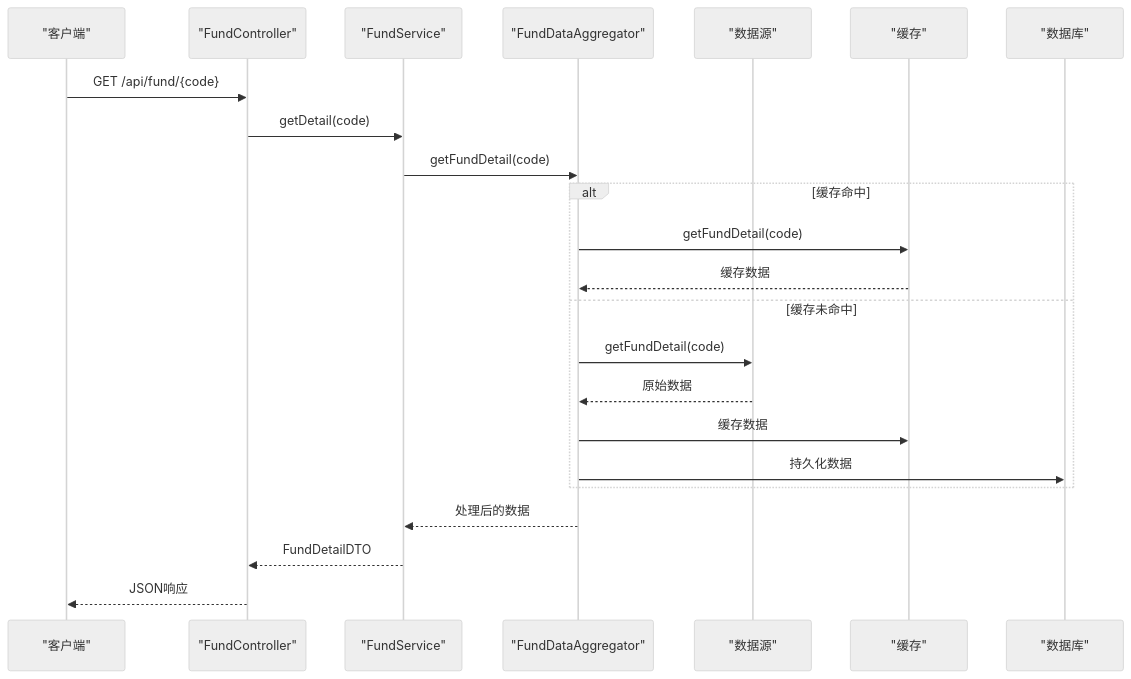
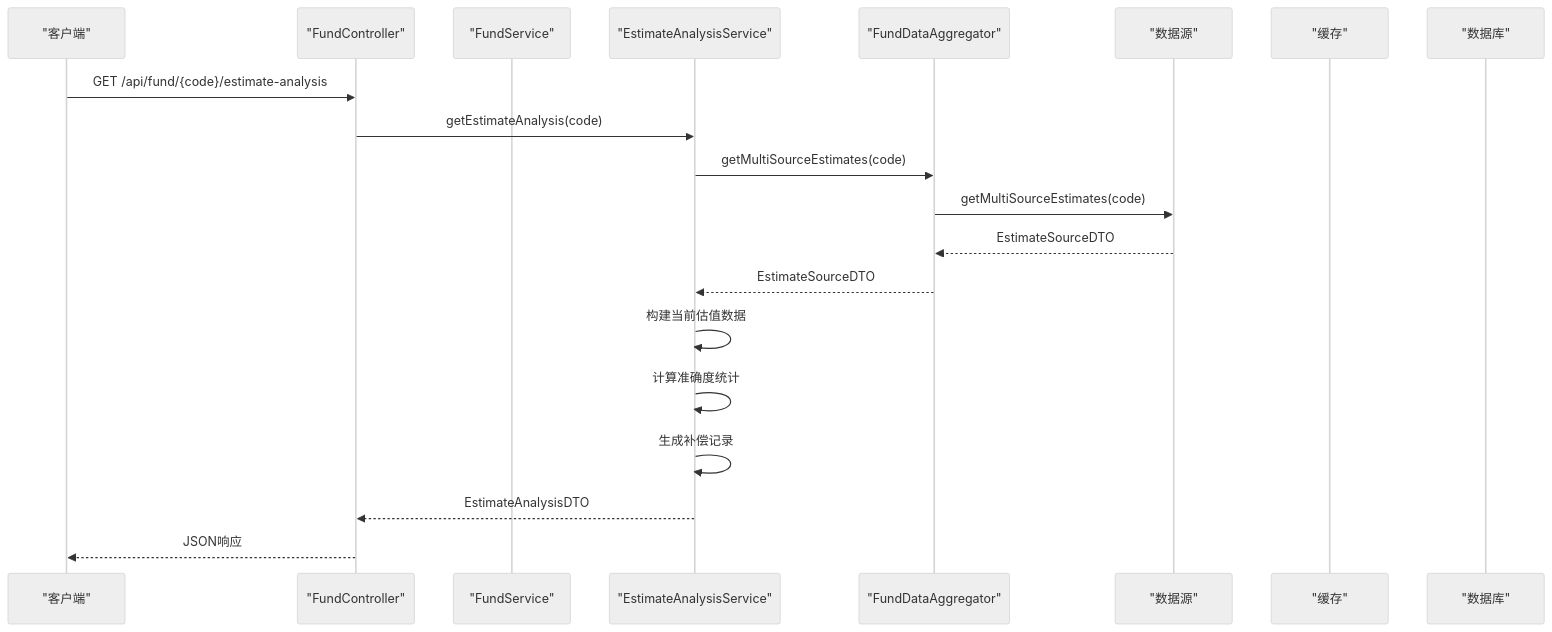
Before and after one commit to gree-coder/fund-butler: the sixth of 25 diagrams in .qoder/repowiki/zh/content/核心功能开发/FundController增强.md, drawn with Mermaid (neutral theme). The commit also changed other lines of this file and 16 other files, not shown here.

````diff
--- a/.qoder/repowiki/zh/content/核心功能开发/FundController增强.md
+++ b/.qoder/repowiki/zh/content/核心功能开发/FundController增强.md
@@ -289,25 +373,22 @@
 ```mermaid
 sequenceDiagram
 participant Client as "客户端"
 participant Controller as "FundController"
 participant Service as "FundService"
+participant AnalysisService as "EstimateAnalysisService"
 participant Aggregator as "FundDataAggregator"
 participant DataSource as "数据源"
 participant Cache as "缓存"
 participant Database as "数据库"
-Client->>Controller : GET /api/fund/{code}
-Controller->>Service : getDetail(code)
-Service->>Aggregator : getFundDetail(code)
-alt 缓存命中
-Aggregator->>Cache : getFundDetail(code)
-Cache-->>Aggregator : 缓存数据
-else 缓存未命中
-Aggregator->>DataSource : getFundDetail(code)
-DataSource-->>Aggregator : 原始数据
-Aggregator->>Cache : 缓存数据
-Aggregator->>Database : 持久化数据
-end
-Aggregator-->>Service : 处理后的数据
-Service-->>Controller : FundDetailDTO
+Client->>Controller : GET /api/fund/{code}/estimate-analysis
+Controller->>AnalysisService : getEstimateAnalysis(code)
+AnalysisService->>Aggregator : getMultiSourceEstimates(code)
+Aggregator->>DataSource : getMultiSourceEstimates(code)
+DataSource-->>Aggregator : EstimateSourceDTO
+Aggregator-->>AnalysisService : EstimateSourceDTO
+AnalysisService->>AnalysisService : 构建当前估值数据
+AnalysisService->>AnalysisService : 计算准确度统计
+AnalysisService->>AnalysisService : 生成补偿记录
+AnalysisService-->>Controller : EstimateAnalysisDTO
 Controller-->>Client : JSON响应
 ```
````
